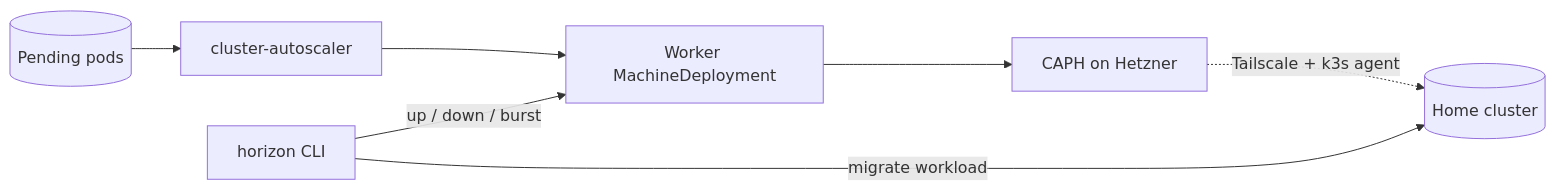
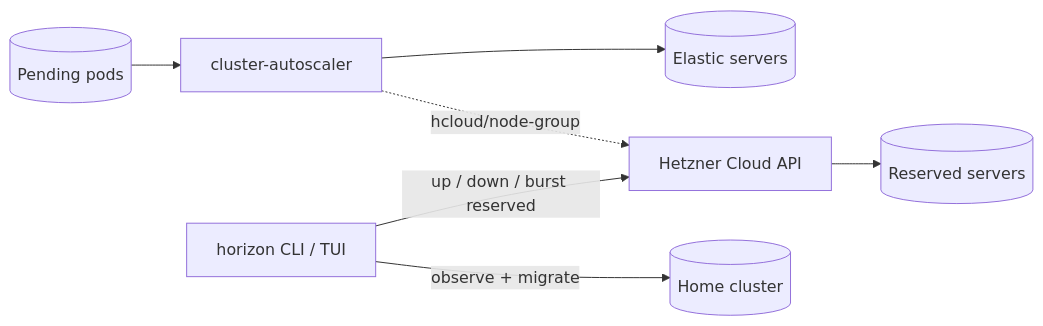
The diagram in README.md (lucawalz/horizon), drawn with Mermaid before and after one commit. The commit also changed other lines of this file, not shown here.

Commit message:
docs(readme): rewrite for native autoscaler and reserved pool reality

````diff
--- a/README.md
+++ b/README.md
@@ -36,9 +47,9 @@
 ```mermaid
 flowchart LR
   pods[(Pending pods)] --> autoscaler[cluster-autoscaler]
-  autoscaler --> md[Worker MachineDeployment]
-  horizon[horizon CLI] -->|up / down / burst| md
-  md --> caph[CAPH on Hetzner]
-  caph -. Tailscale + k3s agent .-> cluster[(Home cluster)]
-  horizon -->|migrate workload| cluster
+  autoscaler --> elastic[(Elastic servers)]
+  horizon[horizon CLI / TUI] -->|up / down / burst reserved| hcloud[Hetzner Cloud API]
+  hcloud --> reserved[(Reserved servers)]
+  horizon -->|observe + migrate| cluster[(Home cluster)]
+  autoscaler -. hcloud/node-group .-> hcloud
 ```
````
